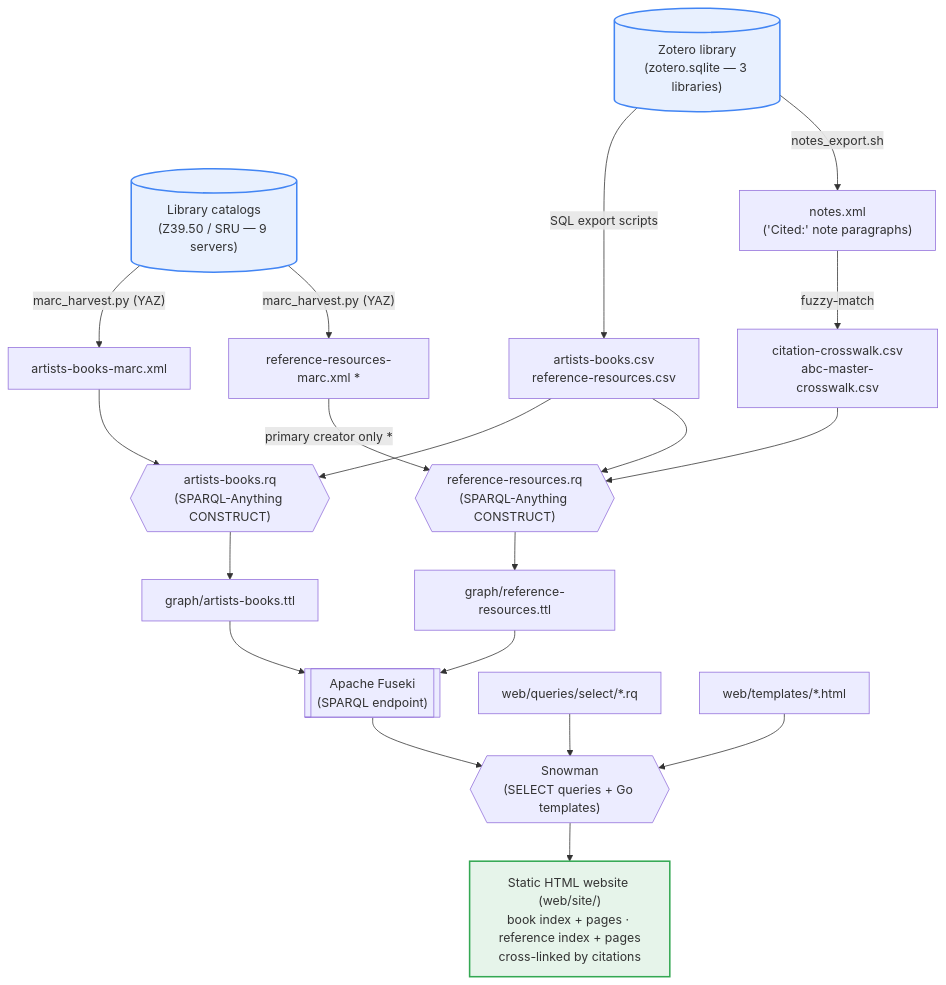
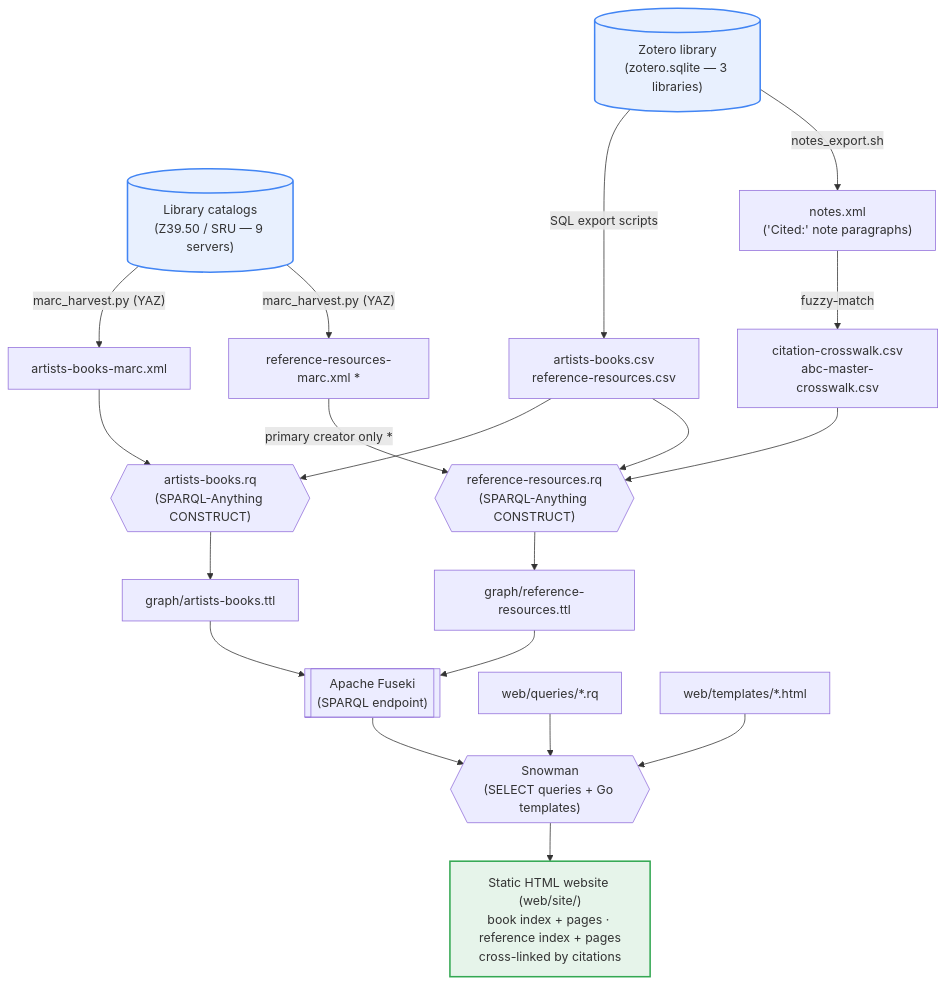
Before and after one commit to dkglab/artists-books: the diagram in docs/PIPELINE.md, drawn with Mermaid. The commit also changed 11 other files, not shown here.

````diff
--- a/docs/PIPELINE.md
+++ b/docs/PIPELINE.md
@@ -5,57 +5,57 @@
 ```mermaid
 flowchart TD
     %% ---- Inputs ----
     zotero[("Zotero library<br/>(zotero.sqlite — 3 libraries)")]
     catalogs[("Library catalogs<br/>(Z39.50 / SRU — 9 servers)")]
 
     %% ---- Stage 1: source extraction ----
     zotero -->|"SQL export scripts"| csvs["artists-books.csv<br/>reference-resources.csv"]
     zotero -->|"notes_export.sh"| notes["notes.xml<br/>('Cited:' note paragraphs)"]
     notes -->|"fuzzy-match"| crosswalks["citation-crosswalk.csv<br/>abc-master-crosswalk.csv"]
 
     catalogs -->|"marc_harvest.py (YAZ)"| marc["artists-books-marc.xml"]
     catalogs -->|"marc_harvest.py (YAZ)"| refmarc["reference-resources-marc.xml *"]
 
     %% ---- Stage 2: CONSTRUCT queries (SPARQL-Anything) ----
     csvs --> abrq{{"artists-books.rq<br/>(SPARQL-Anything CONSTRUCT)"}}
     marc --> abrq
     csvs --> refrq{{"reference-resources.rq<br/>(SPARQL-Anything CONSTRUCT)"}}
     crosswalks --> refrq
     refmarc -->|"primary creator only *"| refrq
 
     abrq --> abttl["graph/artists-books.ttl"]
     refrq --> refttl["graph/reference-resources.ttl"]
 
     %% ---- Stage 3: graph store ----
     abttl --> fuseki[["Apache Fuseki<br/>(SPARQL endpoint)"]]
     refttl --> fuseki
 
     %% ---- Stage 4: site generation ----
     fuseki --> snowman{{"Snowman<br/>(SELECT queries + Go templates)"}}
-    selects["web/queries/select/*.rq"] --> snowman
+    selects["web/queries/*.rq"] --> snowman
     templates["web/templates/*.html"] --> snowman
 
     %% ---- Output ----
     snowman --> site["Static HTML website (web/site/)<br/>book index + pages · reference index + pages<br/>cross-linked by citations"]
 
     %% ---- Clickable links to the README sections that document each stage ----
     %% Absolute URLs: GitHub renders Mermaid in a sandboxed iframe where
     %% relative paths resolve against viewscreen.githubusercontent.com and break.
     click csvs "https://github.com/dkglab/artists-books/blob/main/README.md#1-zotero--csv" "README §1: Zotero → CSV"
     click notes "https://github.com/dkglab/artists-books/blob/main/README.md#1-zotero--csv" "README §1: Zotero → CSV"
     click crosswalks "https://github.com/dkglab/artists-books/blob/main/README.md#1-zotero--csv" "README §1: Zotero → CSV"
     click marc "https://github.com/dkglab/artists-books/blob/main/README.md#2-library-catalogs--marcxml" "README §2: Library catalogs → MARCXML"
     click refmarc "https://github.com/dkglab/artists-books/blob/main/README.md#2-library-catalogs--marcxml" "README §2: Library catalogs → MARCXML"
     click abrq "https://github.com/dkglab/artists-books/blob/main/README.md#3-csv--marcxml--rdf-graph" "README §3: CSV + MARCXML → RDF graph"
     click refrq "https://github.com/dkglab/artists-books/blob/main/README.md#3-csv--marcxml--rdf-graph" "README §3: CSV + MARCXML → RDF graph"
     click abttl "https://github.com/dkglab/artists-books/blob/main/README.md#3-csv--marcxml--rdf-graph" "README §3: CSV + MARCXML → RDF graph"
     click refttl "https://github.com/dkglab/artists-books/blob/main/README.md#3-csv--marcxml--rdf-graph" "README §3: CSV + MARCXML → RDF graph"
     click fuseki "https://github.com/dkglab/artists-books/blob/main/README.md#4-rdf-graph--website" "README §4: RDF graph → website"
     click snowman "https://github.com/dkglab/artists-books/blob/main/README.md#4-rdf-graph--website" "README §4: RDF graph → website"
     click site "https://github.com/dkglab/artists-books/blob/main/README.md#4-rdf-graph--website" "README §4: RDF graph → website"
 
     classDef input fill:#e8f0fe,stroke:#4285f4,stroke-width:2px;
     classDef output fill:#e6f4ea,stroke:#34a853,stroke-width:2px;
     class zotero,catalogs input;
     class site output;
 ```
````
